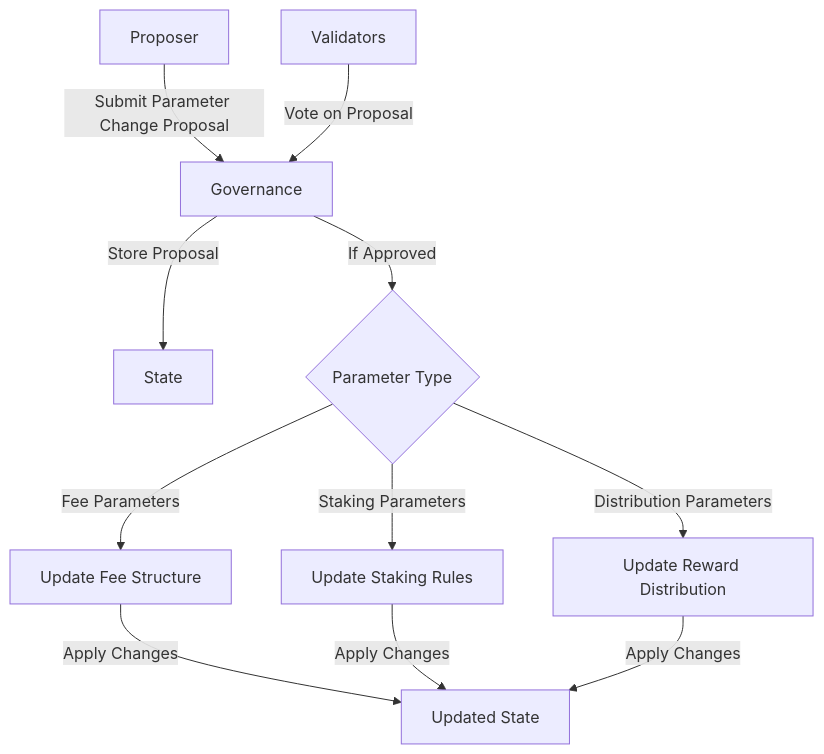
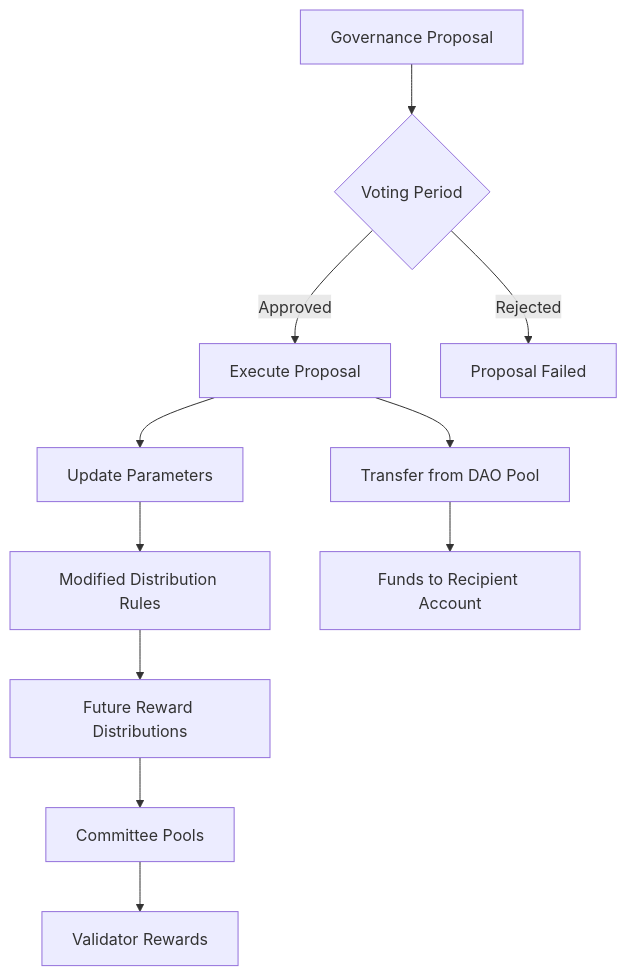
The second of 4 diagrams in fsm/README.claude.md (rem1niscence/canopy), drawn with Mermaid before and after one commit. The commit also changed other lines of this file, not shown here.

````diff
--- a/fsm/README.claude.md
+++ b/fsm/README.claude.md
@@ -274,11 +375,13 @@
 ```mermaid
 flowchart TD
-    A[Proposer] -->|Submit Parameter Change Proposal| B[Governance]
-    B -->|Store Proposal| C[State]
-    D[Validators] -->|Vote on Proposal| B
-    B -->|If Approved| E{Parameter Type}
-    E -->|Fee Parameters| F[Update Fee Structure]
-    E -->|Staking Parameters| G[Update Staking Rules]
-    E -->|Distribution Parameters| H[Update Reward Distribution]
-    F & G & H -->|Apply Changes| I[Updated State]
+    A[Governance Proposal] --> B{Voting Period}
+    B -->|Approved| C[Execute Proposal]
+    B -->|Rejected| D[Proposal Failed]
+    C --> E[Update Parameters]
+    C --> F[Transfer from DAO Pool]
+    E --> G[Modified Distribution Rules]
+    F --> H[Funds to Recipient Account]
+    G --> I[Future Reward Distributions]
+    I --> J[Committee Pools]
+    J --> K[Validator Rewards]
 ```
````
